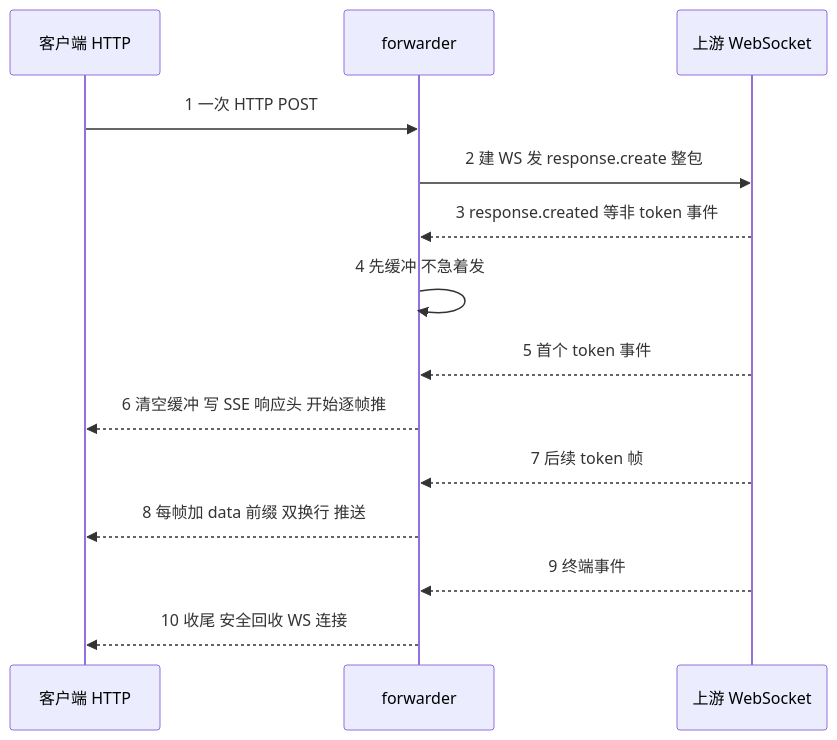
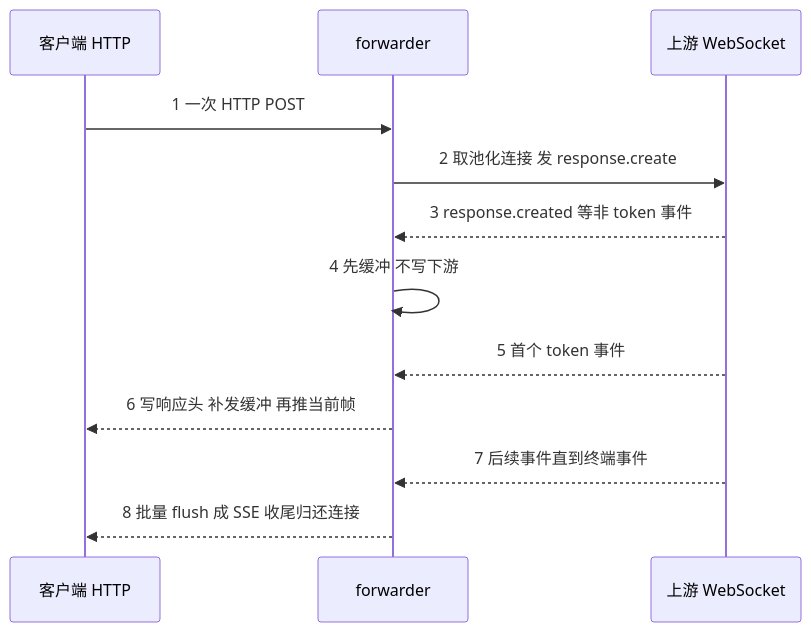
The third of 4 diagrams in book/03-sub2api.md (diguike/book-source-reading), drawn with Mermaid before and after one commit. The commit also changed other lines of this file and 10 other files, not shown here.

````diff
--- a/book/03-sub2api.md
+++ b/book/03-sub2api.md
@@ -237,16 +270,14 @@
 ```mermaid
 sequenceDiagram
     participant C as 客户端 HTTP
     participant F as forwarder
     participant U as 上游 WebSocket
     C->>F: 1 一次 HTTP POST
-    F->>U: 2 建 WS 发 response.create 整包
+    F->>U: 2 取池化连接 发 response.create
     U-->>F: 3 response.created 等非 token 事件
-    F->>F: 4 先缓冲 不急着发
+    F->>F: 4 先缓冲 不写下游
     U-->>F: 5 首个 token 事件
-    F-->>C: 6 清空缓冲 写 SSE 响应头 开始逐帧推
-    U-->>F: 7 后续 token 帧
-    F-->>C: 8 每帧加 data 前缀 双换行 推送
-    U-->>F: 9 终端事件
-    F-->>C: 10 收尾 安全回收 WS 连接
+    F-->>C: 6 写响应头 补发缓冲 再推当前帧
+    U-->>F: 7 后续事件直到终端事件
+    F-->>C: 8 批量 flush 成 SSE 收尾归还连接
 ```
````
